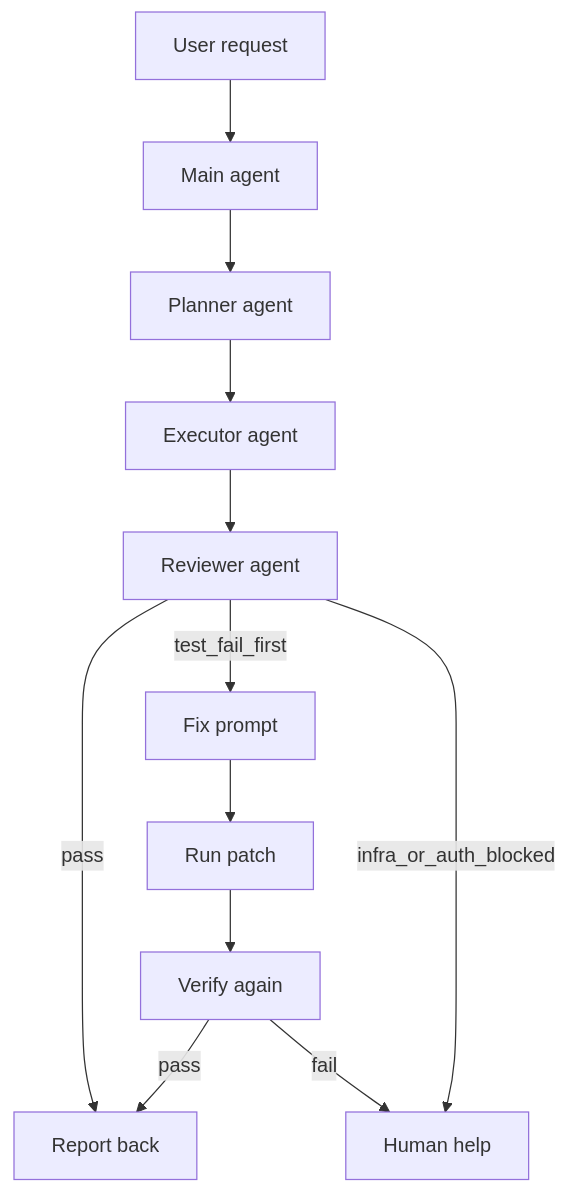
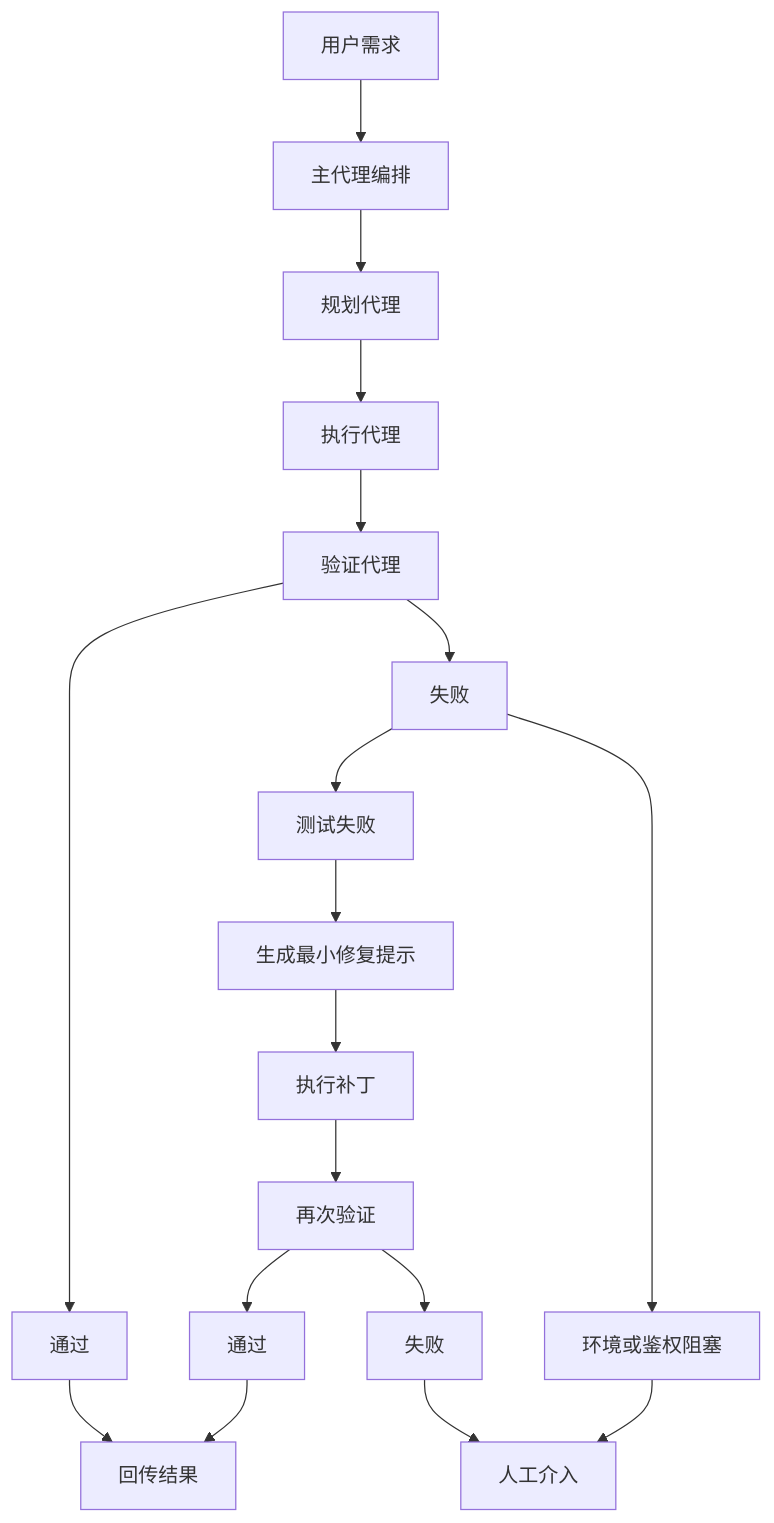
The diagram in README.md (liyxianren/openclawa_codex), drawn with Mermaid before and after one commit. The commit also changed 1 other file, not shown here.

Commit message:
Chinese Mermaid architecture diagram

````diff
--- a/README.md
+++ b/README.md
@@ -16,16 +16,23 @@
 ```mermaid
 flowchart TD
-  U[User request] --> A[Main agent]
-  A --> P[Planner agent]
-  P --> R[Executor agent]
-  R --> V[Reviewer agent]
+  U[用户需求] --> A[主代理编排]
+  A --> P[规划代理]
+  P --> R[执行代理]
+  R --> V[验证代理]
 
-  V -->|pass| DONE[Report back]
-  V -->|test_fail_first| FP[Fix prompt]
-  FP --> R2[Run patch]
-  R2 --> V2[Verify again]
-  V2 -->|pass| DONE
-  V2 -->|fail| HUMAN[Human help]
+  V --> PASS[通过]
+  PASS --> DONE[回传结果]
 
-  V -->|infra_or_auth_blocked| HUMAN
+  V --> FAIL[失败]
+  FAIL --> TF[测试失败]
+  TF --> FP[生成最小修复提示]
+  FP --> R2[执行补丁]
+  R2 --> V2[再次验证]
+  V2 --> PASS2[通过]
+  PASS2 --> DONE
+  V2 --> FAIL2[失败]
+  FAIL2 --> HUMAN[人工介入]
+
+  FAIL --> IA[环境或鉴权阻塞]
+  IA --> HUMAN
 ```
````
